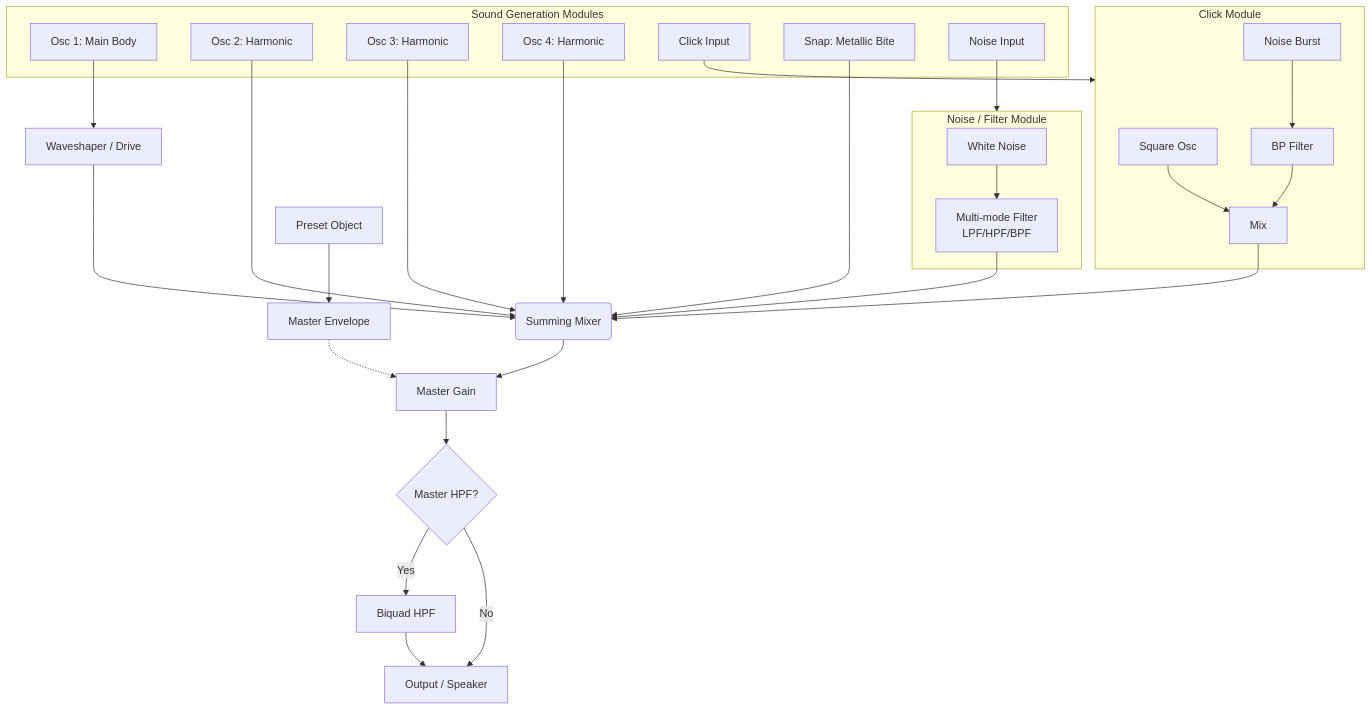
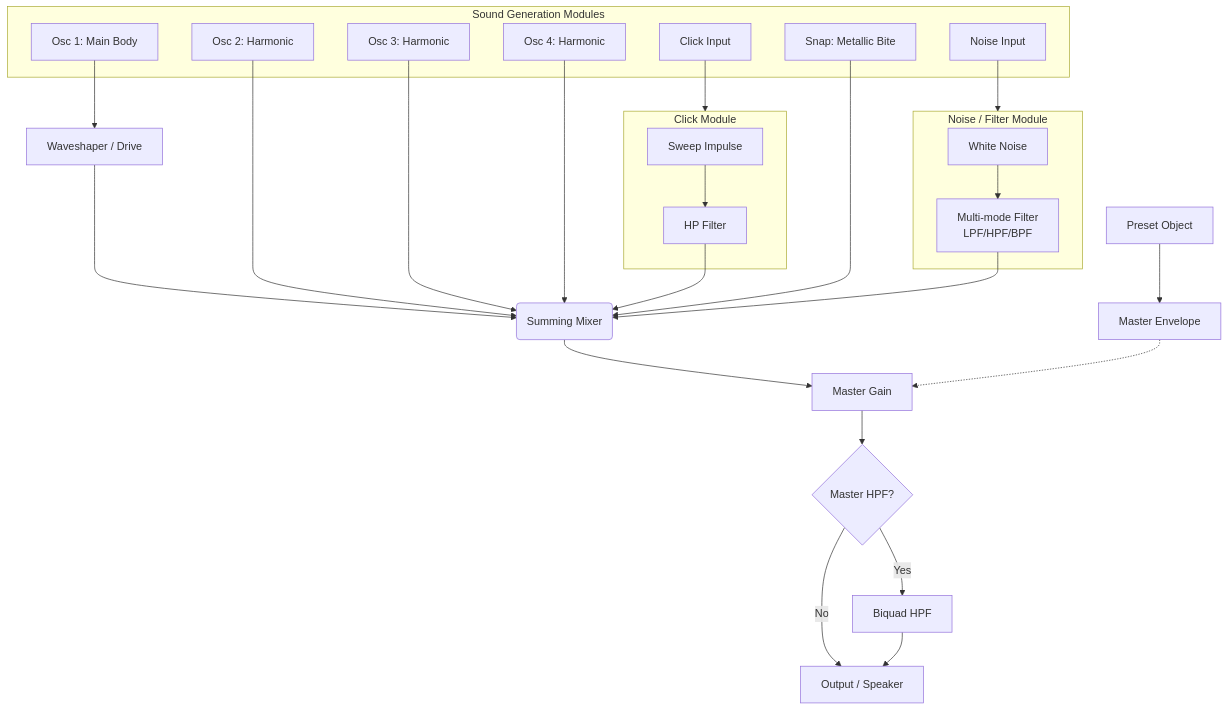
Before and after one commit to acidsound/acidBros: the first of 2 diagrams in SYNTH_ARCHITECTURE.md, drawn with Mermaid. The commit also changed other lines of this file and 8 other files, not shown here.

````diff
--- a/SYNTH_ARCHITECTURE.md
+++ b/SYNTH_ARCHITECTURE.md
@@ -14,49 +14,47 @@
 ```mermaid
 graph TD
     %% Inputs & Envelopes
     PRESET[Preset Object] --> M_ENV[Master Envelope]
     
     %% Sound Sources
     subgraph Sources [Sound Generation Modules]
         OSC1[Osc 1: Main Body]
         OSC2[Osc 2: Harmonic]
         OSC3[Osc 3: Harmonic]
         OSC4[Osc 4: Harmonic]
         
         CLICK_IN[Click Input]
         SNAP[Snap: Metallic Bite]
         NOISE_IN[Noise Input]
     end
 
     %% Internal Processing
     OSC1 --> DRIVE[Waveshaper / Drive]
     
     subgraph CLICK_MOD [Click Module]
-        C_SQ[Square Osc] --> C_MIX[Mix]
-        C_WNT[Noise Burst] --> C_BPF[BP Filter]
-        C_BPF --> C_MIX
+        C_SINE[Sweep Impulse] --> C_HPF[HP Filter]
     end
     CLICK_IN --> CLICK_MOD
     
     subgraph NOISE_MOD [Noise / Filter Module]
         W_GEN[White Noise] --> N_FLT[Multi-mode Filter<br/>LPF/HPF/BPF]
     end
     NOISE_IN --> NOISE_MOD
 
     %% Summing
     DRIVE --> SUM(Summing Mixer)
     OSC2 --> SUM
     OSC3 --> SUM
     OSC4 --> SUM
-    C_MIX --> SUM
+    C_HPF --> SUM
     SNAP --> SUM
     N_FLT --> SUM
 
     %% Output Stage
     SUM --> M_GAIN[Master Gain]
     M_ENV -.-> M_GAIN
     M_GAIN --> M_HPF{Master HPF?}
     M_HPF -- Yes --> OUT_HPF[Biquad HPF]
     M_HPF -- No --> DEST[Output / Speaker]
     OUT_HPF --> DEST
 ```
````
